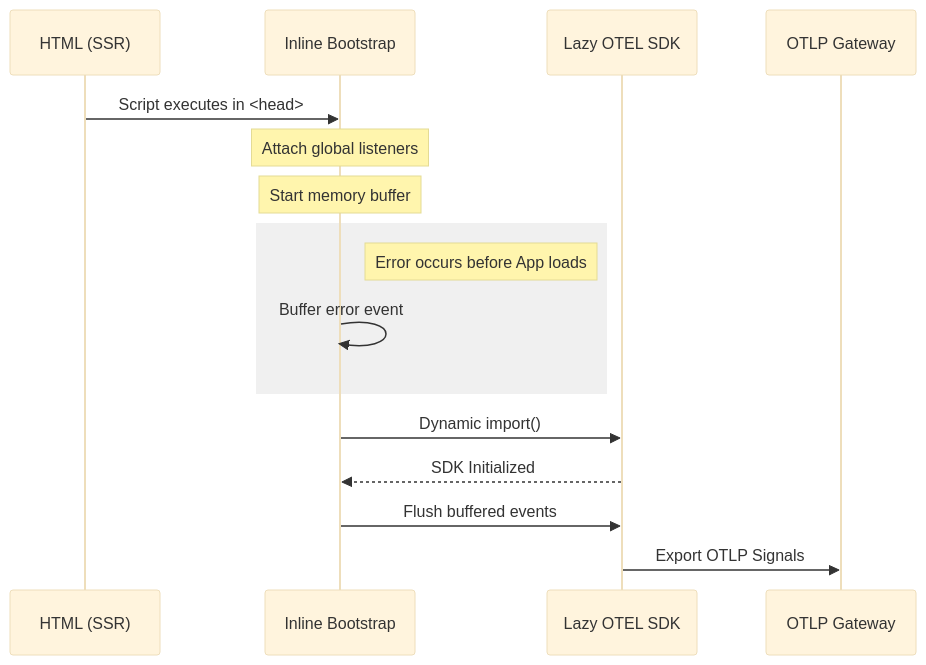
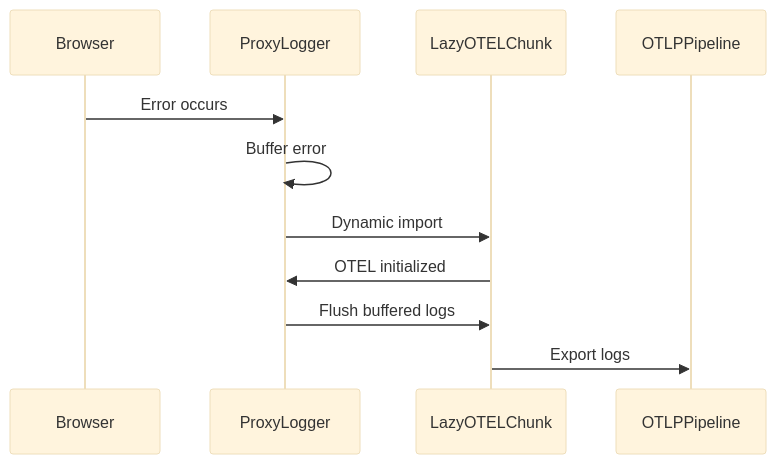
The third of 6 diagrams in uber/observability2.md (Tushar-Tilwani/stuff), drawn with Mermaid (base theme) before and after one commit. The commit also changed other lines of this file and 1 other file, not shown here.

````diff
--- a/uber/observability2.md
+++ b/uber/observability2.md
@@ -19,22 +115,14 @@
 ```mermaid
 sequenceDiagram
-    participant HTML as HTML (SSR)
-    participant Sentinel as Inline Bootstrap
-    participant SDK as Lazy OTEL SDK
-    participant API as OTLP Gateway
+  participant UI as Browser
+  participant Proxy as ProxyLogger
+  participant Lazy as LazyOTELChunk
+  participant OTLP as OTLPPipeline
 
-    HTML->>Sentinel: Script executes in <head>
-    Note over Sentinel: Attach global listeners
-    Note over Sentinel: Start memory buffer
-    
-    rect rgb(240, 240, 240)
-    Note right of Sentinel: Error occurs before App loads
-    Sentinel->>Sentinel: Buffer error event
-    end
-
-    Sentinel->>SDK: Dynamic import()
-    SDK-->>Sentinel: SDK Initialized
-    Sentinel->>SDK: Flush buffered events
-    SDK->>API: Export OTLP Signals
-
+  UI->>Proxy: Error occurs
+  Proxy->>Proxy: Buffer error
+  Proxy->>Lazy: Dynamic import
+  Lazy->>Proxy: OTEL initialized
+  Proxy->>Lazy: Flush buffered logs
+  Lazy->>OTLP: Export logs
 ```
````
